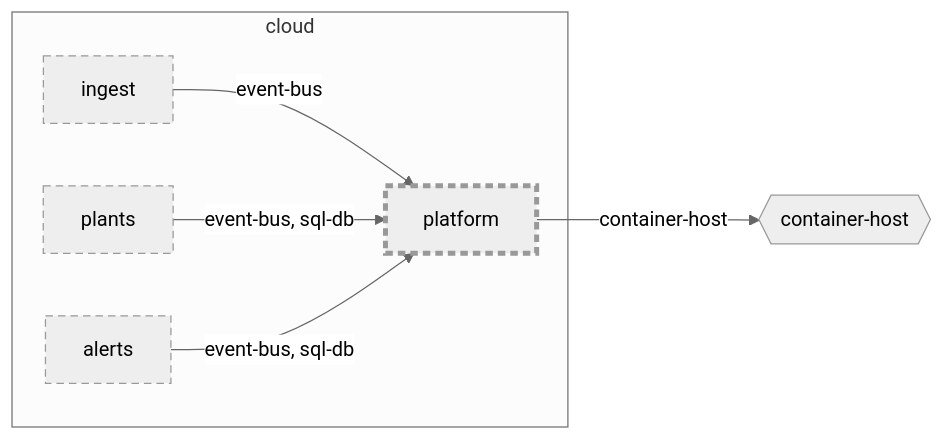
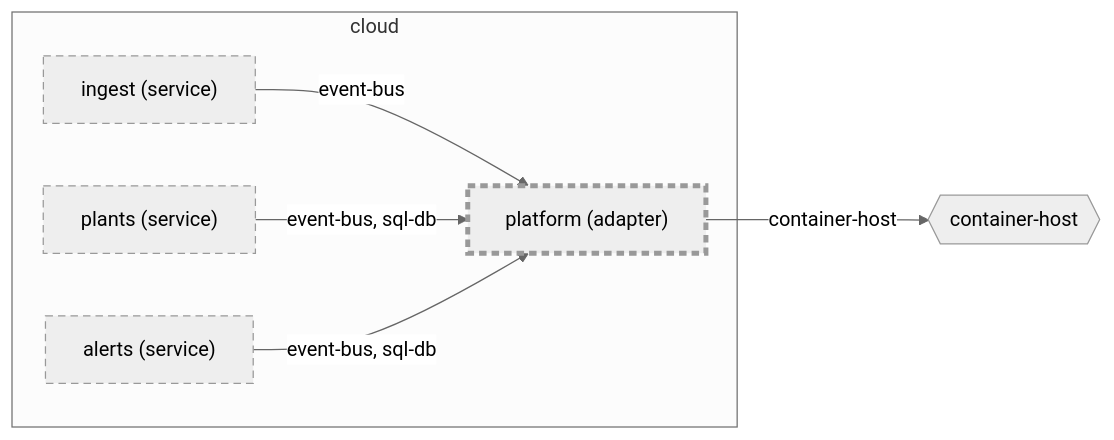
The diagram in examples/plantwatch/cloud/platform/docs/diagrams/context.md (wackazong/unifold), drawn with Mermaid (neutral theme) before and after one commit. The commit also changed other lines of this file and 339 other files, not shown here.

````diff
--- a/examples/plantwatch/cloud/platform/docs/diagrams/context.md
+++ b/examples/plantwatch/cloud/platform/docs/diagrams/context.md
@@ -8,20 +8,20 @@
 ```mermaid
 flowchart LR
   subgraph u_cloud["cloud"]
-    u_cloud__platform["platform"]
-    u_cloud__services__alerts["alerts"]
-    u_cloud__services__ingest["ingest"]
-    u_cloud__services__plants["plants"]
+    u_cloud__platform["platform (adapter)"]
+    u_cloud__services__alerts["alerts (service)"]
+    u_cloud__services__ingest["ingest (service)"]
+    u_cloud__services__plants["plants (service)"]
   end
   n_cloud___container_dhost{{"container-host"}}
   u_cloud__services__ingest -->|"event-bus"| u_cloud__platform
   u_cloud__services__plants -->|"event-bus, sql-db"| u_cloud__platform
   u_cloud__services__alerts -->|"event-bus, sql-db"| u_cloud__platform
   u_cloud__platform -->|"container-host"| n_cloud___container_dhost
   classDef focus stroke-width:4px
   classDef planned stroke-dasharray:6 4
   classDef deprecated stroke-dasharray:2 2,opacity:0.6
   classDef plain stroke-dasharray:2 3
   class u_cloud__platform,u_cloud__services__alerts,u_cloud__services__ingest,u_cloud__services__plants planned
   class u_cloud__platform focus
 ```
````
